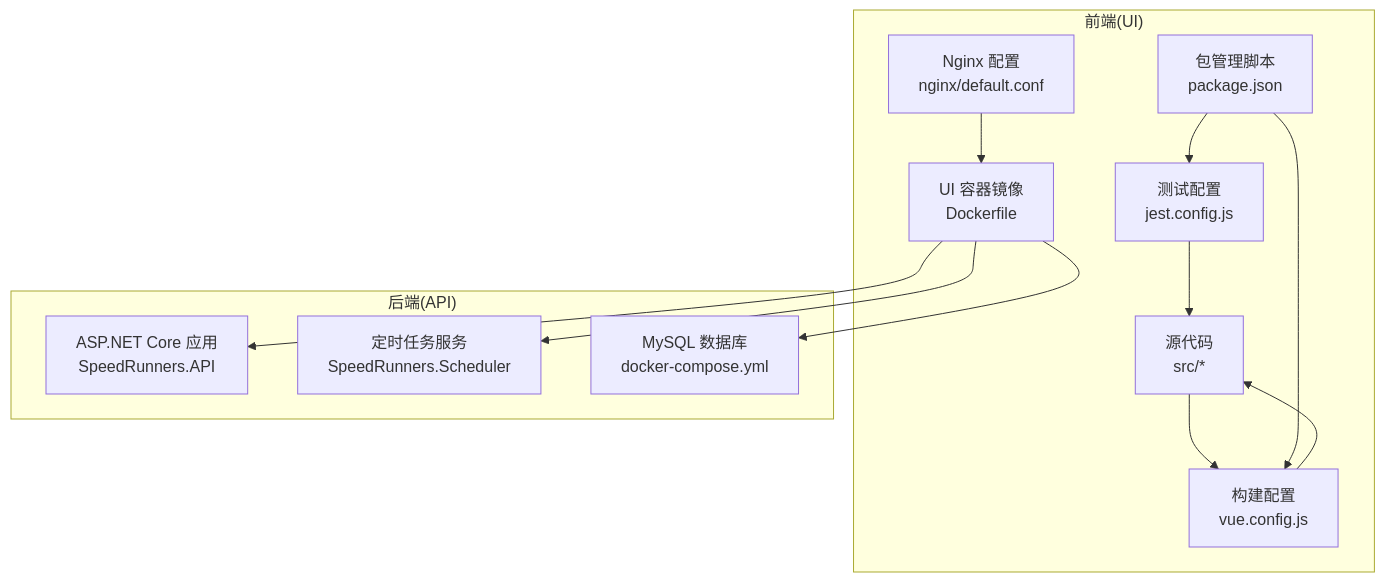
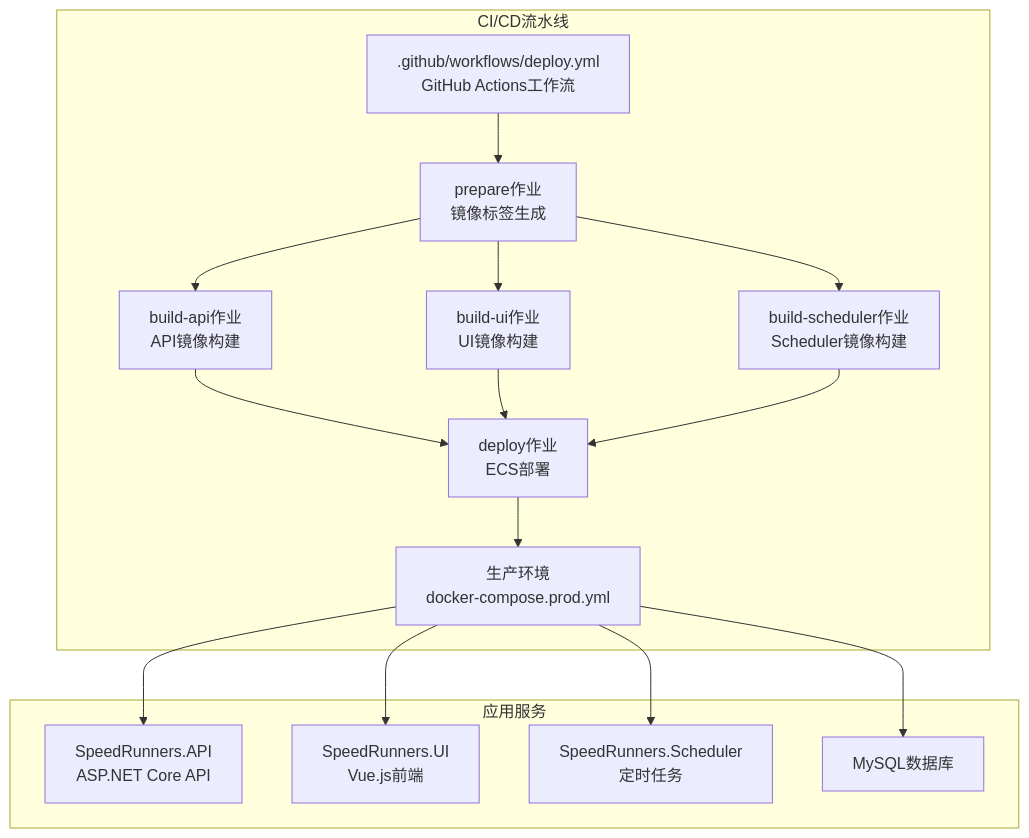
One commit to TinyMaD/SpeedRunnersLab changed the first of 3 diagrams in .qoder/repowiki/zh/content/前端应用/构建部署/部署流水线.md. Above: the diagram before and after it, drawn with Mermaid. The commit also changed other lines of this file and 9 other files, not shown here.

Commit message:
接入 GitHub Actions CI/CD (ghcr.io 方案)

````diff
--- a/.qoder/repowiki/zh/content/前端应用/构建部署/部署流水线.md
+++ b/.qoder/repowiki/zh/content/前端应用/构建部署/部署流水线.md
@@ -33,25 +45,30 @@
 ```mermaid
 graph TB
-subgraph "前端(UI)"
-SRC["源代码<br/>src/*"]
-CFG_VUE["构建配置<br/>vue.config.js"]
-PKG["包管理脚本<br/>package.json"]
-JEST["测试配置<br/>jest.config.js"]
-NGINX_CFG["Nginx 配置<br/>nginx/default.conf"]
-DOCKER_UI["UI 容器镜像<br/>Dockerfile"]
+subgraph "CI/CD流水线"
+GHA[".github/workflows/deploy.yml<br/>GitHub Actions工作流"]
+PREP["prepare作业<br/>镜像标签生成"]
+BUILD_API["build-api作业<br/>API镜像构建"]
+BUILD_UI["build-ui作业<br/>UI镜像构建"]
+BUILD_SCHED["build-scheduler作业<br/>Scheduler镜像构建"]
+DEPLOY["deploy作业<br/>ECS部署"]
+END["生产环境<br/>docker-compose.prod.yml"]
 end
-subgraph "后端(API)"
-API["ASP.NET Core 应用<br/>SpeedRunners.API"]
-SCHED["定时任务服务<br/>SpeedRunners.Scheduler"]
-MYSQL["MySQL 数据库<br/>docker-compose.yml"]
+subgraph "应用服务"
+API["SpeedRunners.API<br/>ASP.NET Core API"]
+UI["SpeedRunners.UI<br/>Vue.js前端"]
+SCHED["SpeedRunners.Scheduler<br/>定时任务"]
+DB["MySQL数据库"]
 end
-SRC --> CFG_VUE
-PKG --> JEST
-PKG --> CFG_VUE
-JEST --> SRC
-CFG_VUE --> SRC
-NGINX_CFG --> DOCKER_UI
-DOCKER_UI --> API
-DOCKER_UI --> SCHED
-DOCKER_UI --> MYSQL
+GHA --> PREP
+PREP --> BUILD_API
+PREP --> BUILD_UI
+PREP --> BUILD_SCHED
+BUILD_API --> DEPLOY
+BUILD_UI --> DEPLOY
+BUILD_SCHED --> DEPLOY
+DEPLOY --> END
+END --> API
+END --> UI
+END --> SCHED
+END --> DB
 ```
````
